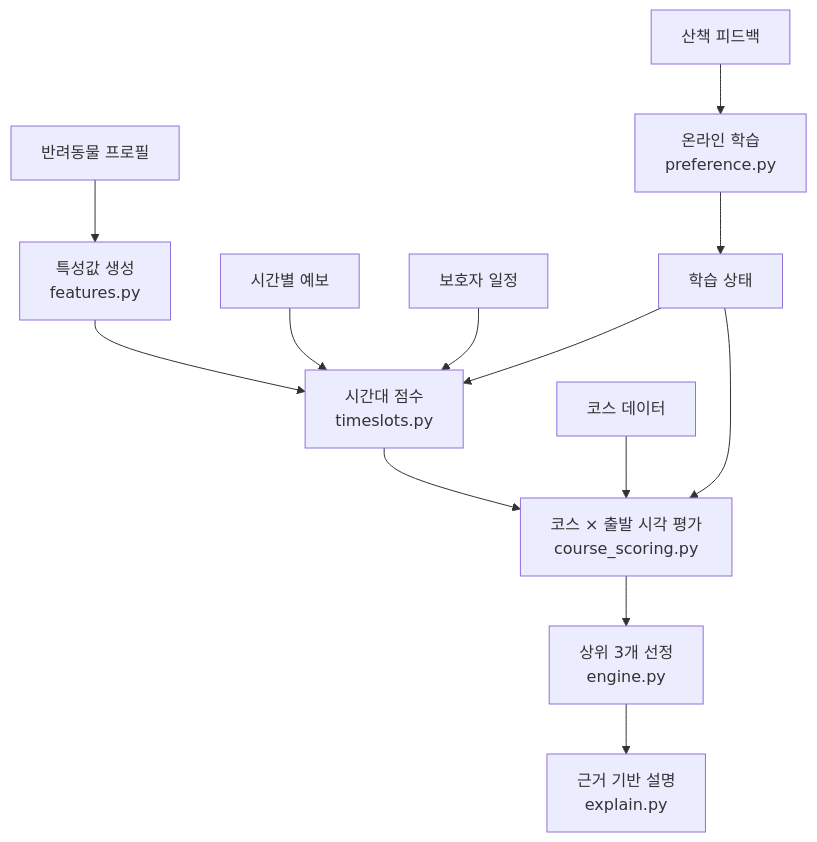
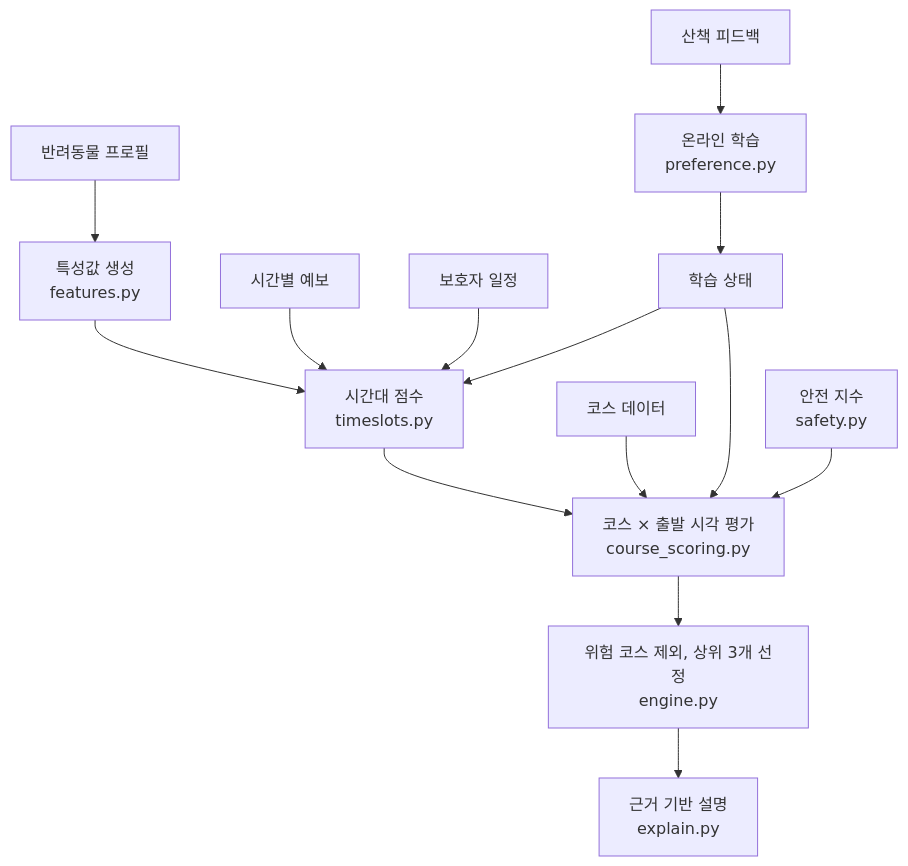
The second of 3 diagrams in docs/ARCHITECTURE.md (Kim-pitang/pawpath), drawn with Mermaid before and after one commit. The commit also changed other lines of this file and 69 other files, not shown here.

````diff
--- a/docs/ARCHITECTURE.md
+++ b/docs/ARCHITECTURE.md
@@ -32,15 +33,16 @@
 ```mermaid
 flowchart TD
     P[반려동물 프로필] --> F[특성값 생성<br/>features.py]
     F --> T[시간대 점수<br/>timeslots.py]
     W[시간별 예보] --> T
     SCH[보호자 일정] --> T
     H[학습 상태] --> T
     T --> C[코스 × 출발 시각 평가<br/>course_scoring.py]
     CO[코스 데이터] --> C
     H --> C
-    C --> R[상위 3개 선정<br/>engine.py]
+    SAFE[안전 지수<br/>safety.py] --> C
+    C --> R[위험 코스 제외, 상위 3개 선정<br/>engine.py]
     R --> E[근거 기반 설명<br/>explain.py]
     FB[산책 피드백] --> L[온라인 학습<br/>preference.py]
     L --> H
 ```
````
